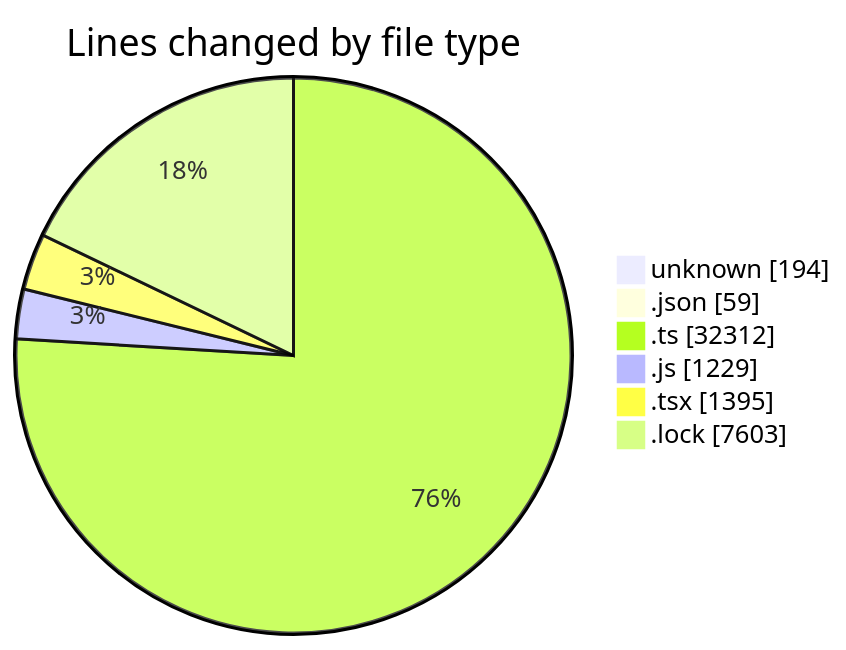
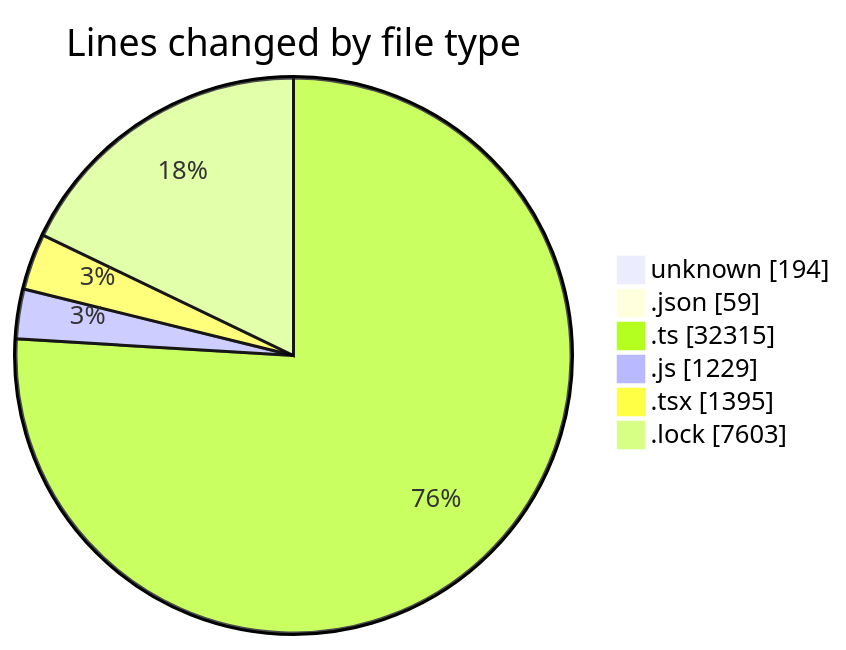
Before and after one commit to momahboobian/code-tracking: the first of 2 diagrams in 2025-11-13/cda/README.md, drawn with Mermaid. The commit also changed other lines of this file and 1 other file, not shown here.

````diff
--- a/2025-11-13/cda/README.md
+++ b/2025-11-13/cda/README.md
@@ -41,10 +41,10 @@
 ```mermaid
 pie showData
 title Lines changed by file type
 "unknown" : 194
 ".json" : 59
-".ts" : 32312
+".ts" : 32315
 ".js" : 1229
 ".tsx" : 1395
 ".lock" : 7603
 ```
````
